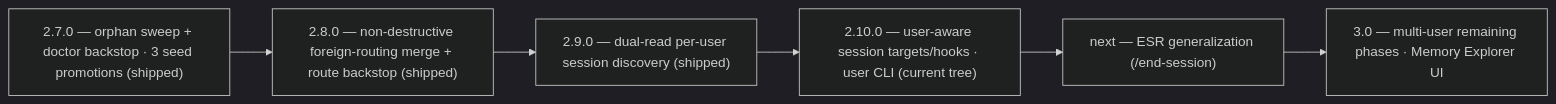
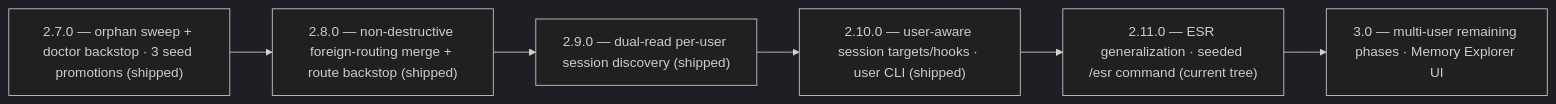
Before and after one commit to jnl-tshi/memory-seed: the eighth of 8 diagrams in docs/functionality-audit.md, drawn with Mermaid (dark theme). The commit also changed other lines of this file and 46 other files, not shown here.

First line of the commit message:
Release 2.11.0: generalize ESR routine + seeded /esr command

````diff
--- a/docs/functionality-audit.md
+++ b/docs/functionality-audit.md
@@ -369,10 +370,10 @@
 ```mermaid
 graph LR
   V27["2.7.0 — orphan sweep + doctor backstop · 3 seed promotions (shipped)"]
   V28["2.8.0 — non-destructive foreign-routing merge + route backstop (shipped)"]
   V29["2.9.0 — dual-read per-user session discovery (shipped)"]
-  V210["2.10.0 — user-aware session targets/hooks · user CLI (current tree)"]
-  VNEXT["next — ESR generalization (/end-session)"]
+  V210["2.10.0 — user-aware session targets/hooks · user CLI (shipped)"]
+  V211["2.11.0 — ESR generalization · seeded /esr command (current tree)"]
   V30["3.0 — multi-user remaining phases · Memory Explorer UI"]
-  V27 --> V28 --> V29 --> V210 --> VNEXT --> V30
+  V27 --> V28 --> V29 --> V210 --> V211 --> V30
 ```
````
